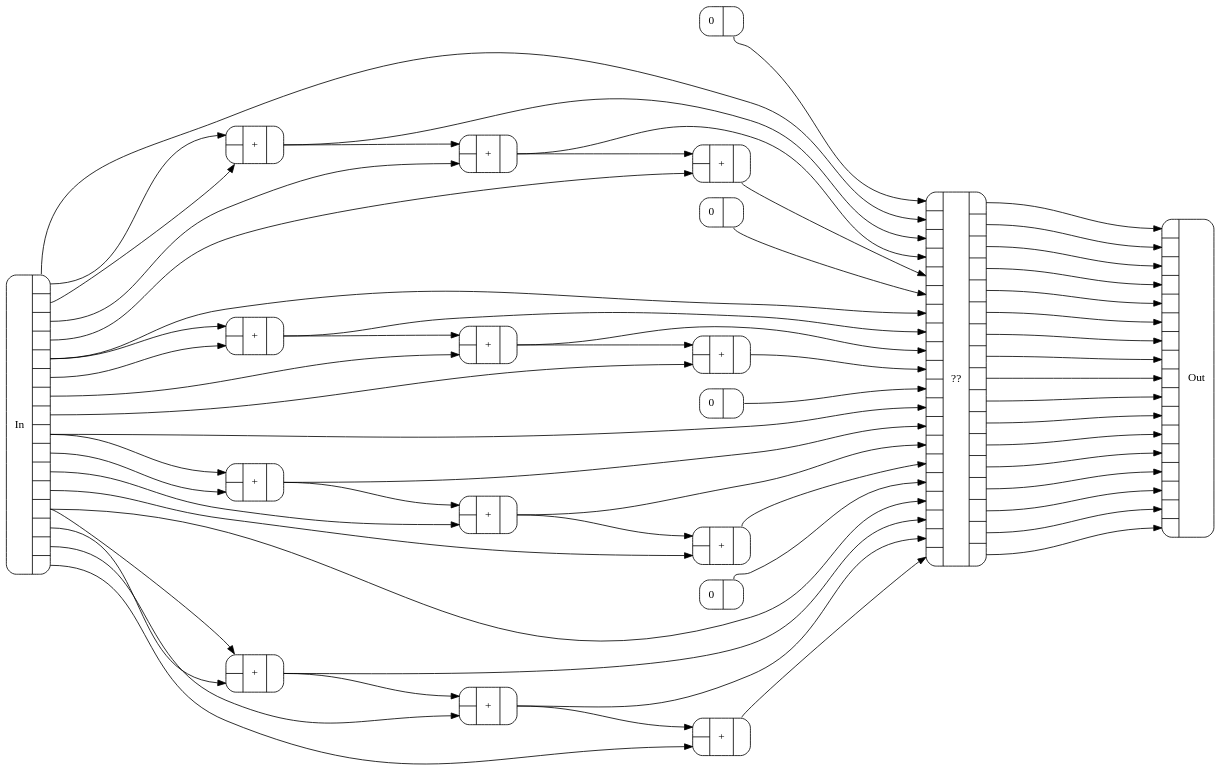
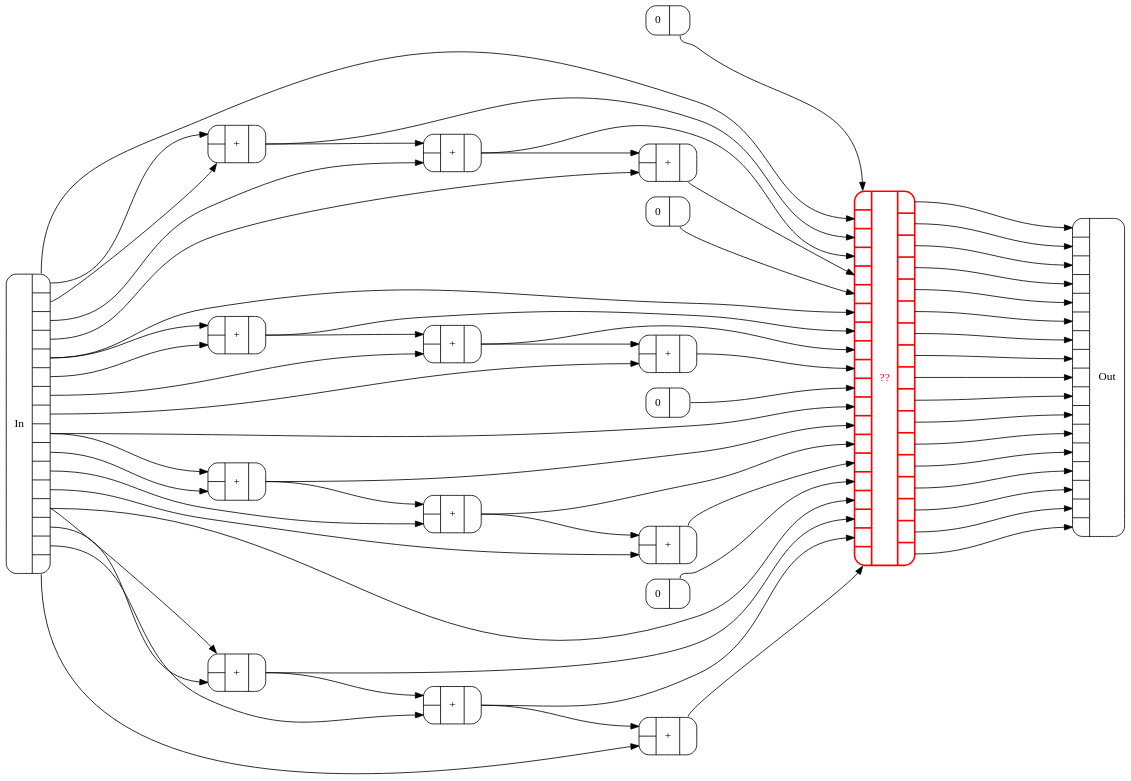
The diagram in Figures/circuits/lsums-lv4olv4-unknown-no-hash.dot (conal/talk-2016-generic-parallel-scan), drawn with Graphviz before and after one commit. The commit also changed 13 other files, not shown here.

```diff
--- a/Figures/circuits/lsums-lv4olv4-unknown-no-hash.dot
+++ b/Figures/circuits/lsums-lv4olv4-unknown-no-hash.dot
@@ -1,90 +1,90 @@
 digraph lsums_lv4olv4_unknown_no_hash {
   margin=0;
   rankdir=LR;
   node [shape=Mrecord];
   bgcolor=transparent;
   nslimit=20;
-  ranksep="3.0";
+  ranksep="2.7";
   c0 [label="{{<In0>|<In1>|<In2>|<In3>|<In4>|<In5>|<In6>|<In7>|<In8>|<In9>|<In10>|<In11>|<In12>|<In13>|<In14>|<In15>|<In16>}|Out}"];
-  c1 [label="{{<In0>|<In1>|<In2>|<In3>|<In4>|<In5>|<In6>|<In7>|<In8>|<In9>|<In10>|<In11>|<In12>|<In13>|<In14>|<In15>|<In16>|<In17>|<In18>|<In19>}|??|{<Out0>|<Out1>|<Out2>|<Out3>|<Out4>|<Out5>|<Out6>|<Out7>|<Out8>|<Out9>|<Out10>|<Out11>|<Out12>|<Out13>|<Out14>|<Out15>|<Out16>}}"];
+  c1 [label="{{<In0>|<In1>|<In2>|<In3>|<In4>|<In5>|<In6>|<In7>|<In8>|<In9>|<In10>|<In11>|<In12>|<In13>|<In14>|<In15>|<In16>|<In17>|<In18>|<In19>}|??|{<Out0>|<Out1>|<Out2>|<Out3>|<Out4>|<Out5>|<Out6>|<Out7>|<Out8>|<Out9>|<Out10>|<Out11>|<Out12>|<Out13>|<Out14>|<Out15>|<Out16>}}",fontcolor=red,color=red,style=bold];
   c3 [label="{{<In0>|<In1>}|+|{<Out0>}}"];
   c4 [label="{{<In0>|<In1>}|+|{<Out0>}}"];
   c5 [label="{{<In0>|<In1>}|+|{<Out0>}}"];
   c6 [label="{0|{<Out0>}}"];
   c15 [label="{{<In0>|<In1>}|+|{<Out0>}}"];
   c16 [label="{{<In0>|<In1>}|+|{<Out0>}}"];
   c17 [label="{{<In0>|<In1>}|+|{<Out0>}}"];
   c18 [label="{0|{<Out0>}}"];
   c27 [label="{{<In0>|<In1>}|+|{<Out0>}}"];
   c28 [label="{{<In0>|<In1>}|+|{<Out0>}}"];
   c29 [label="{{<In0>|<In1>}|+|{<Out0>}}"];
   c30 [label="{0|{<Out0>}}"];
   c39 [label="{{<In0>|<In1>}|+|{<Out0>}}"];
   c40 [label="{{<In0>|<In1>}|+|{<Out0>}}"];
   c41 [label="{{<In0>|<In1>}|+|{<Out0>}}"];
   c42 [label="{0|{<Out0>}}"];
   c51 [label="{In|{<Out0>|<Out1>|<Out2>|<Out3>|<Out4>|<Out5>|<Out6>|<Out7>|<Out8>|<Out9>|<Out10>|<Out11>|<Out12>|<Out13>|<Out14>|<Out15>}}"];
   c1:Out0 -> c0:In0 [];
   c1:Out1 -> c0:In1 [];
   c1:Out2 -> c0:In2 [];
   c1:Out3 -> c0:In3 [];
   c1:Out4 -> c0:In4 [];
   c1:Out5 -> c0:In5 [];
   c1:Out6 -> c0:In6 [];
   c1:Out7 -> c0:In7 [];
   c1:Out8 -> c0:In8 [];
   c1:Out9 -> c0:In9 [];
   c1:Out10 -> c0:In10 [];
   c1:Out11 -> c0:In11 [];
   c1:Out12 -> c0:In12 [];
   c1:Out13 -> c0:In13 [];
   c1:Out14 -> c0:In14 [];
   c1:Out15 -> c0:In15 [];
   c1:Out16 -> c0:In16 [];
   c42:Out0 -> c1:In0 [];
   c51:Out0 -> c1:In1 [];
   c41:Out0 -> c1:In2 [];
   c40:Out0 -> c1:In3 [];
   c39:Out0 -> c1:In4 [];
   c30:Out0 -> c1:In5 [];
   c51:Out4 -> c1:In6 [];
   c29:Out0 -> c1:In7 [];
   c28:Out0 -> c1:In8 [];
   c27:Out0 -> c1:In9 [];
   c18:Out0 -> c1:In10 [];
   c51:Out8 -> c1:In11 [];
   c17:Out0 -> c1:In12 [];
   c16:Out0 -> c1:In13 [];
   c15:Out0 -> c1:In14 [];
   c6:Out0 -> c1:In15 [];
   c51:Out12 -> c1:In16 [];
   c5:Out0 -> c1:In17 [];
   c4:Out0 -> c1:In18 [];
   c3:Out0 -> c1:In19 [];
   c4:Out0 -> c3:In0 [];
   c51:Out15 -> c3:In1 [];
   c5:Out0 -> c4:In0 [];
   c51:Out14 -> c4:In1 [];
   c51:Out12 -> c5:In0 [];
   c51:Out13 -> c5:In1 [];
   c16:Out0 -> c15:In0 [];
   c51:Out11 -> c15:In1 [];
   c17:Out0 -> c16:In0 [];
   c51:Out10 -> c16:In1 [];
   c51:Out8 -> c17:In0 [];
   c51:Out9 -> c17:In1 [];
   c28:Out0 -> c27:In0 [];
   c51:Out7 -> c27:In1 [];
   c29:Out0 -> c28:In0 [];
   c51:Out6 -> c28:In1 [];
   c51:Out4 -> c29:In0 [];
   c51:Out5 -> c29:In1 [];
   c40:Out0 -> c39:In0 [];
   c51:Out3 -> c39:In1 [];
   c41:Out0 -> c40:In0 [];
   c51:Out2 -> c40:In1 [];
   c51:Out0 -> c41:In0 [];
   c51:Out1 -> c41:In1 [];
 }
 
 // lsums-lv4olv4-unknown-no-hash components: 12 +, 4 0, 1 ??, 17 total. Max depth: 4.
```
